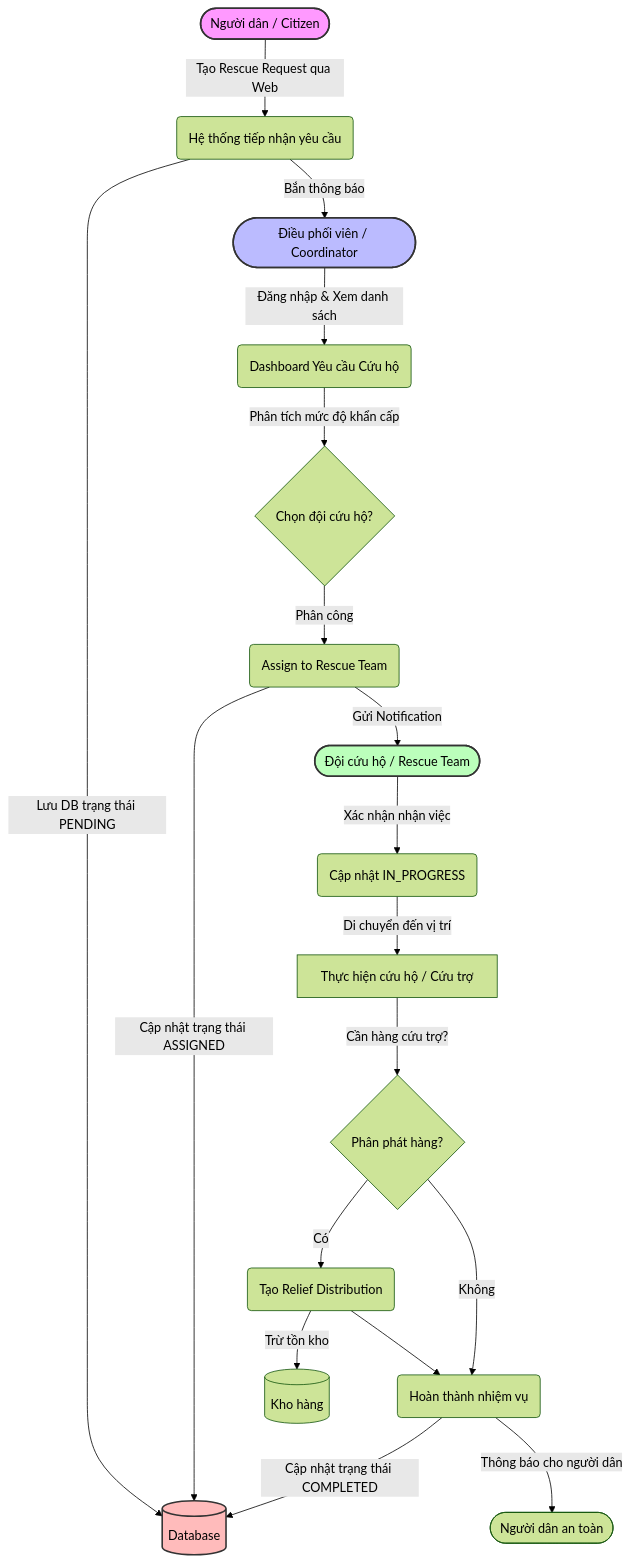
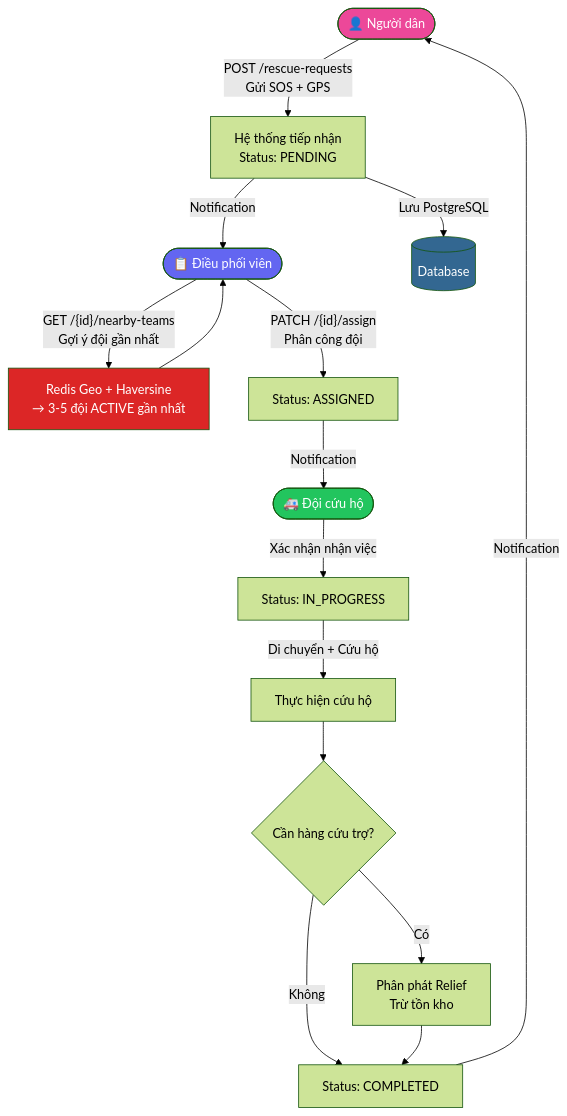
One commit to MPhuSE/Flood_Rescue_Coordination_and_Relief_Management_System changed the fifth of 6 diagrams in DESIGN.md. Above: the diagram before and after it, drawn with Mermaid (forest theme). The commit also changed other lines of this file and 20 other files, not shown here.

````diff
--- a/DESIGN.md
+++ b/DESIGN.md
@@ -105,41 +431,31 @@
 ```mermaid
 flowchart TD
-    %% Định nghĩa các Actor
-    Citizen([Người dân / Citizen])
-    Coord([Điều phối viên / Coordinator])
-    Team([Đội cứu hộ / Rescue Team])
-    
-    %% Luồng tạo yêu cầu
-    Citizen -->|Tạo Rescue Request qua Web| Sys_Receive(Hệ thống tiếp nhận yêu cầu)
-    Sys_Receive -->|Lưu DB trạng thái PENDING| DB_Req[(Database)]
-    Sys_Receive -->|Bắn thông báo| Coord
-    
-    %% Luồng điều phối
-    Coord -->|Đăng nhập & Xem danh sách| Sys_Dashboard(Dashboard Yêu cầu Cứu hộ)
-    Sys_Dashboard -->|Phân tích mức độ khẩn cấp| Coord_Action{Chọn đội cứu hộ?}
-    
-    Coord_Action -->|Phân công| Assign(Assign to Rescue Team)
-    Assign -->|Cập nhật trạng thái ASSIGNED| DB_Req
-    Assign -->|Gửi Notification| Team
-    
-    %% Luồng thực thi của đội cứu hộ
-    Team -->|Xác nhận nhận việc| Update_InProg(Cập nhật IN_PROGRESS)
-    Update_InProg -->|Di chuyển đến vị trí| Exec_Rescue[Thực hiện cứu hộ / Cứu trợ]
-    
-    Exec_Rescue -->|Cần hàng cứu trợ?| Check_Relief{Phân phát hàng?}
-    Check_Relief -->|Có| Distribute(Tạo Relief Distribution)
-    Distribute -->|Trừ tồn kho| DB_Inventory[(Kho hàng)]
-    Check_Relief -->|Không| Complete_Action
-    
-    Distribute --> Complete_Action
-    
-    %% Luồng kết thúc
-    Complete_Action(Hoàn thành nhiệm vụ) -->|Cập nhật trạng thái COMPLETED| DB_Req
-    Complete_Action -->|Thông báo cho người dân| End_Citizen([Người dân an toàn])
-    
-    %% Style
-    style Citizen fill:#f9f,stroke:#333,stroke-width:2px
-    style Coord fill:#bbf,stroke:#333,stroke-width:2px
-    style Team fill:#bfb,stroke:#333,stroke-width:2px
-    style DB_Req fill:#fbb,stroke:#333,stroke-width:2px
+    Citizen([👤 Người dân])
+    Coord([📋 Điều phối viên])
+    Team([🚑 Đội cứu hộ])
+
+    Citizen -->|"POST /rescue-requests<br/>Gửi SOS + GPS"| Sys_Receive["Hệ thống tiếp nhận<br/>Status: PENDING"]
+    Sys_Receive -->|Lưu PostgreSQL| DB[(Database)]
+    Sys_Receive -->|Notification| Coord
+
+    Coord -->|"GET /{id}/nearby-teams<br/>Gợi ý đội gần nhất"| Suggest["Redis Geo + Haversine<br/>→ 3-5 đội ACTIVE gần nhất"]
+    Suggest --> Coord
+    Coord -->|"PATCH /{id}/assign<br/>Phân công đội"| Assign["Status: ASSIGNED"]
+    Assign -->|Notification| Team
+
+    Team -->|Xác nhận nhận việc| InProgress["Status: IN_PROGRESS"]
+    InProgress -->|Di chuyển + Cứu hộ| Execute["Thực hiện cứu hộ"]
+
+    Execute --> Check{Cần hàng cứu trợ?}
+    Check -->|Có| Distribute["Phân phát Relief<br/>Trừ tồn kho"]
+    Check -->|Không| Complete
+
+    Distribute --> Complete["Status: COMPLETED"]
+    Complete -->|Notification| Citizen
+
+    style Citizen fill:#ec4899,color:#fff
+    style Coord fill:#6366f1,color:#fff
+    style Team fill:#22c55e,color:#fff
+    style DB fill:#336791,color:#fff
+    style Suggest fill:#dc2626,color:#fff
 ```
````
